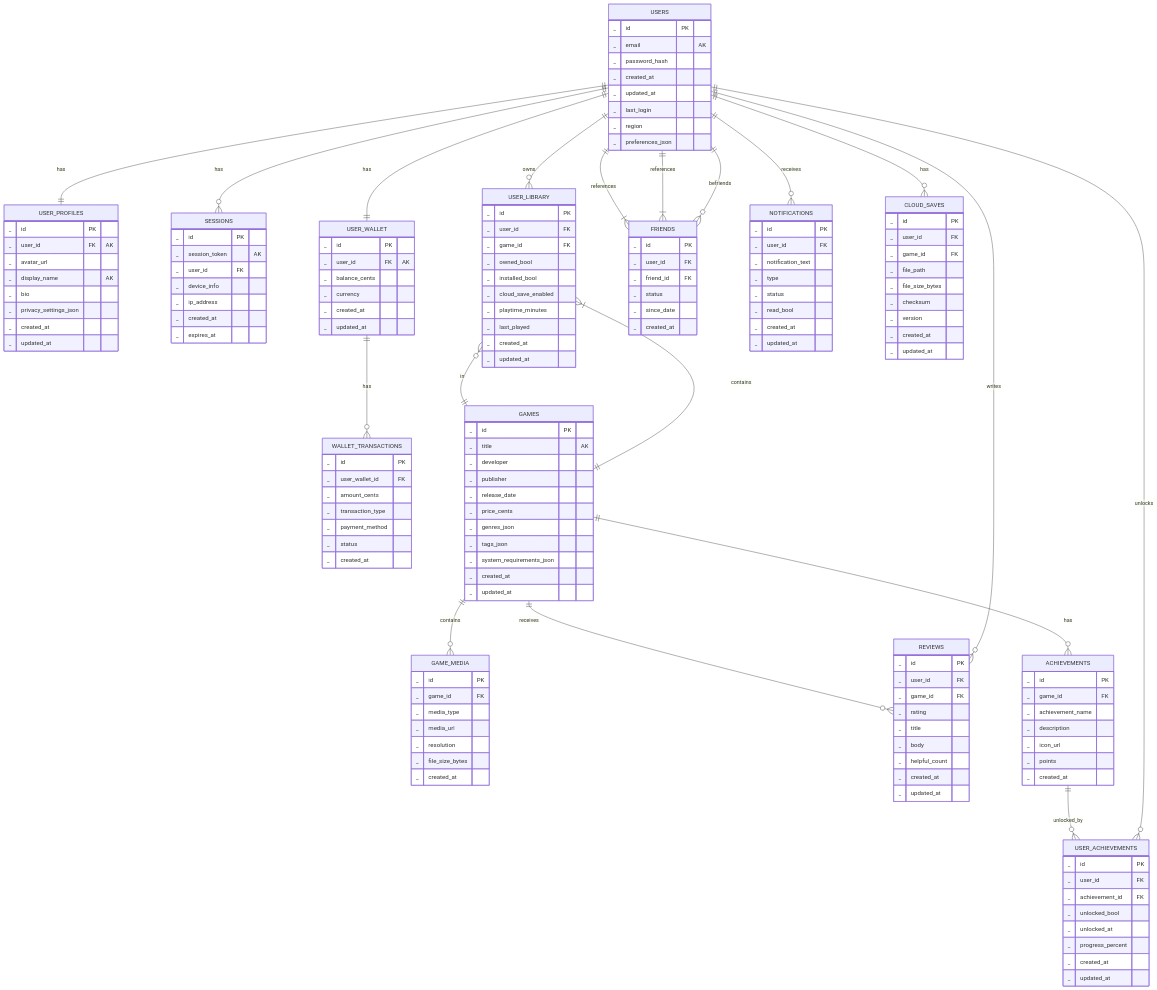
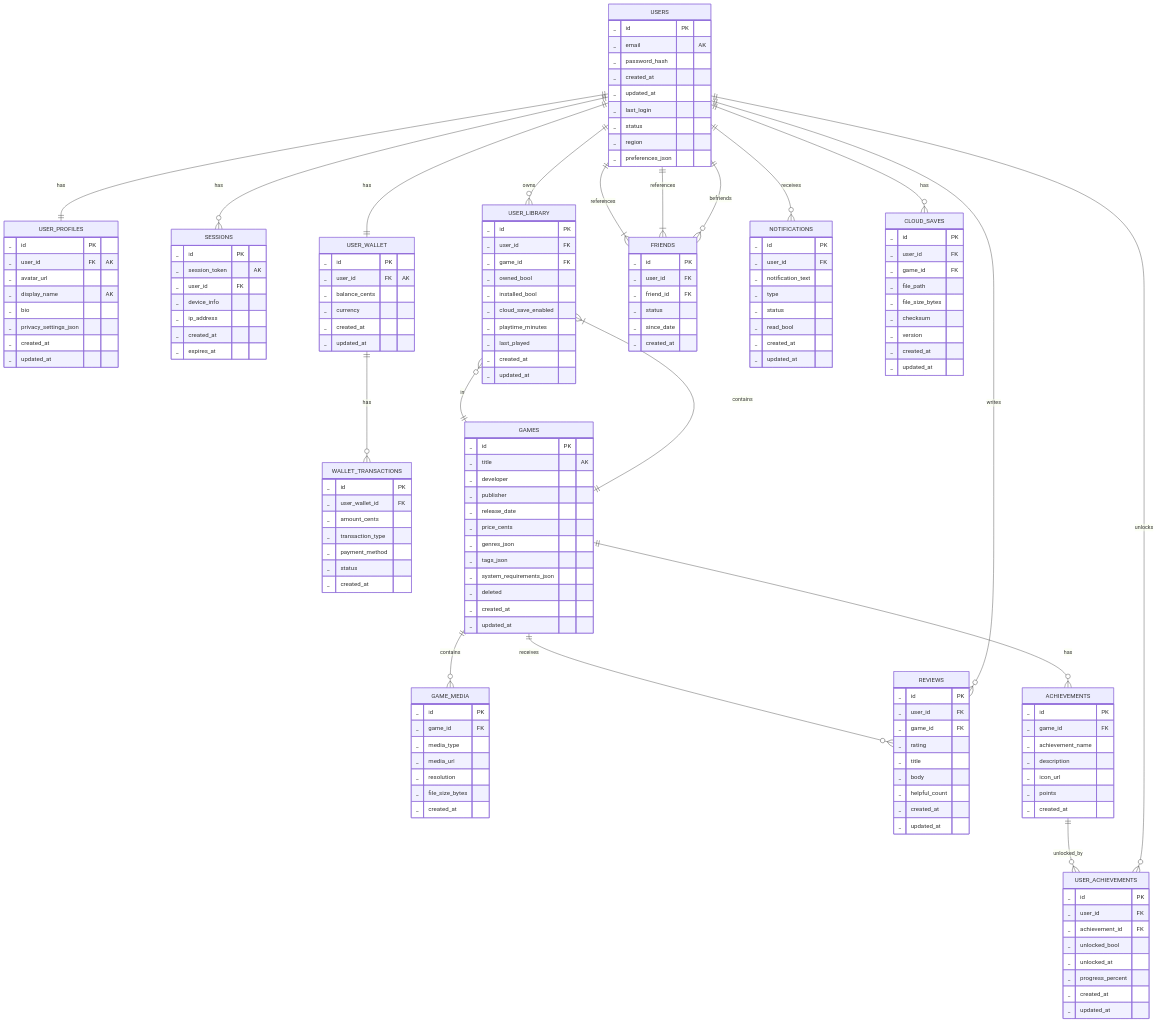
The fourth of 5 diagrams in README.md (ShadowNair/highload), drawn with Mermaid before and after one commit. The commit also changed other lines of this file, not shown here.

```diff
--- a/README.md
+++ b/README.md
@@ -522,6 +522,7 @@
         _ created_at
         _ updated_at
         _ last_login
+        _ status
         _ region
         _ preferences_json
     }
@@ -571,6 +572,7 @@
         _ genres_json
         _ tags_json
         _ system_requirements_json
+        _ deleted
         _ created_at
         _ updated_at
     }
```
